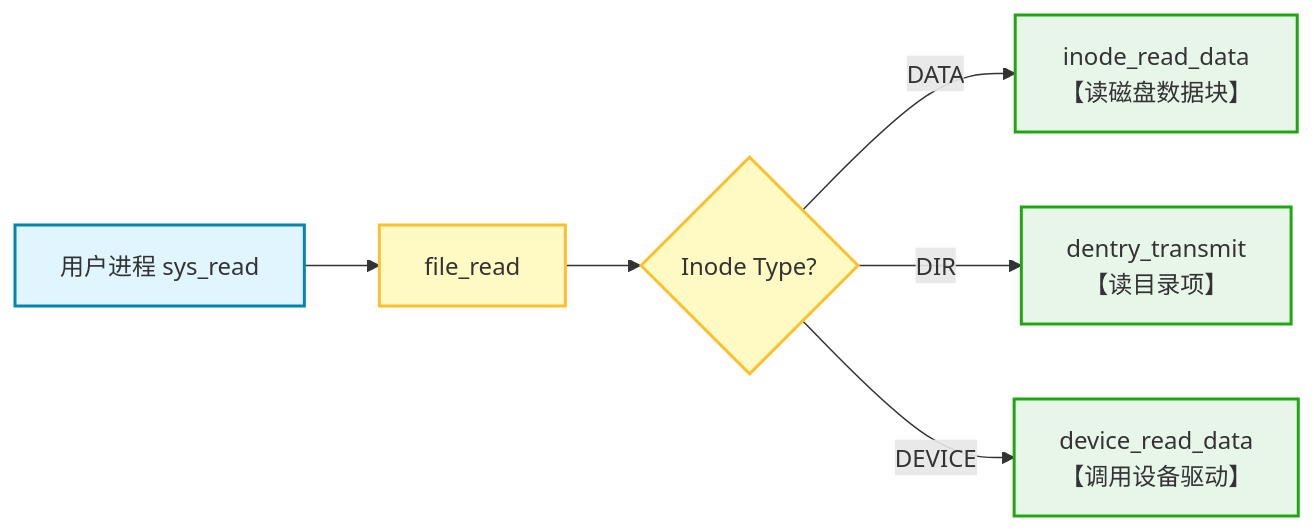
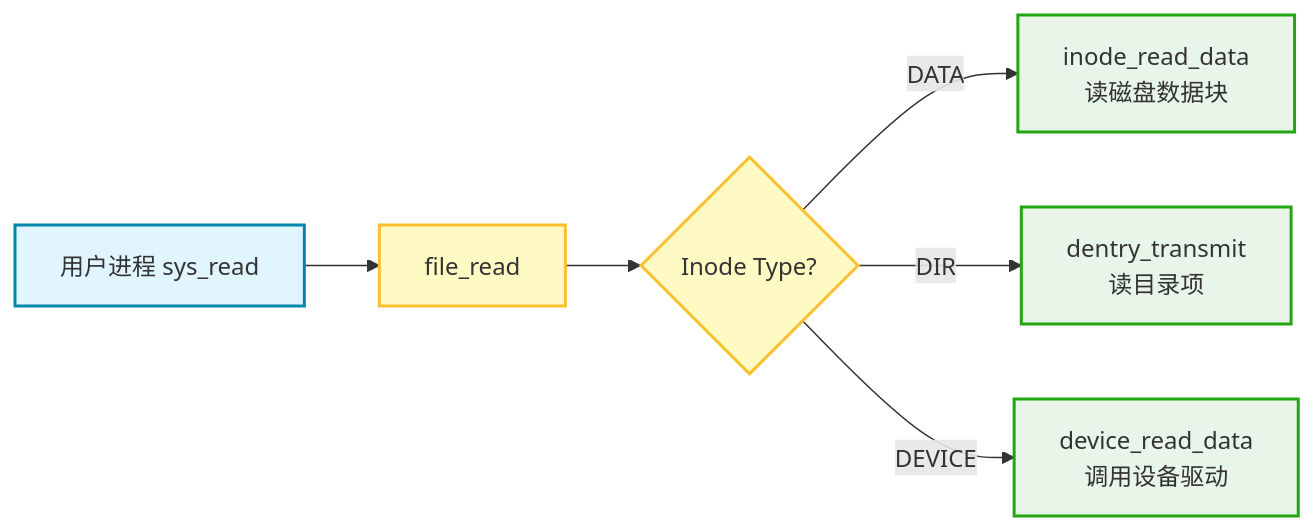
Before and after one commit to woobowen/oscompetition: the diagram in README.md, drawn with Mermaid.

````diff
--- a/README.md
+++ b/README.md
@@ -244,14 +244,14 @@
 ```mermaid
 graph LR
     %% 节点样式定义
     classDef user fill:#e1f5fe,stroke:#0187ab,stroke-width:2px;
     classDef fs fill:#fff9c4,stroke:#fbc02d,stroke-width:2px;
     classDef impl fill:#e8f5e9,stroke:#21a612,stroke-width:2px;
 
     User[用户进程 sys_read]:::user --> FileRead[file_read]:::fs
     FileRead --> Check{Inode Type?}:::fs
     
-    Check -- DATA --> InodeRead[inode_read_data<br/> 【读磁盘数据块】]:::impl
-    Check -- DIR --> DentryTrans[dentry_transmit<br/>【读目录项】]:::impl
-    Check -- DEVICE --> DeviceRead[device_read_data<br/>【调用设备驱动】]:::impl
+    Check -- DATA --> InodeRead[inode_read_data<br>读磁盘数据块]:::impl
+    Check -- DIR --> DentryTrans[dentry_transmit<br>读目录项]:::impl
+    Check -- DEVICE --> DeviceRead[device_read_data<br>调用设备驱动]:::impl
 ```
````
